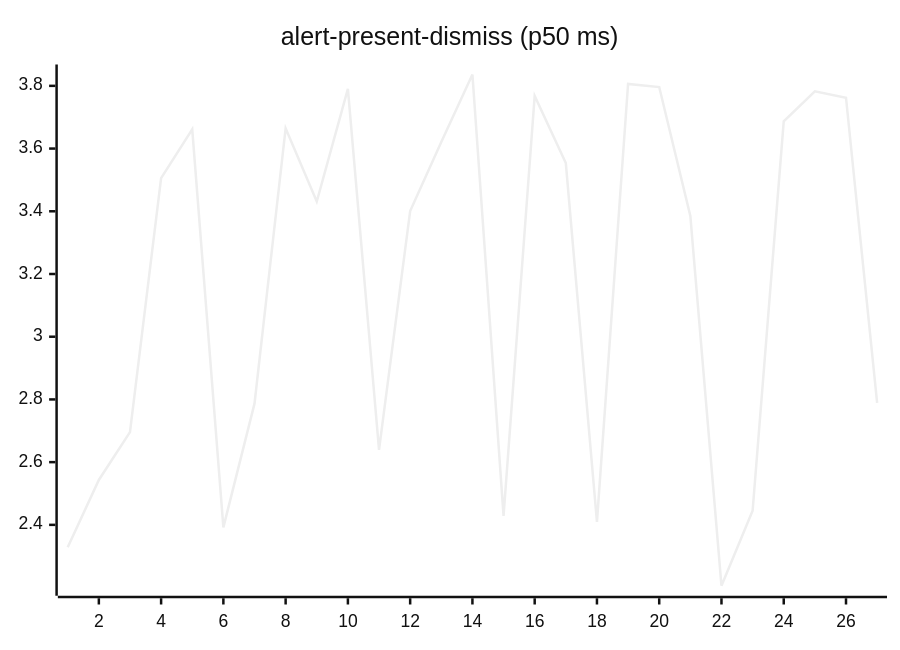
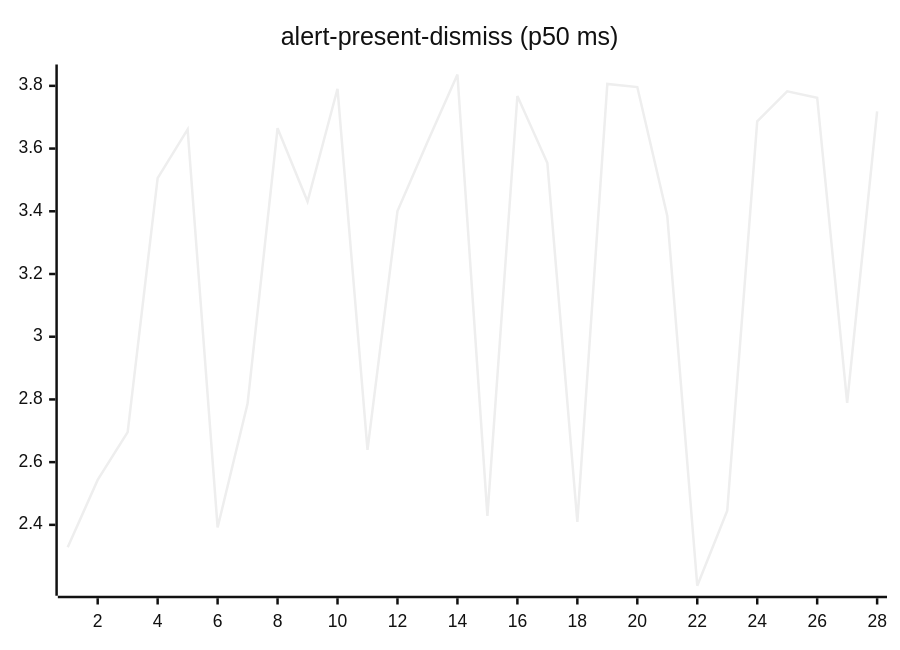
The second of 27 diagrams in README.md (josha/Facet), drawn with Mermaid (neutral theme) before and after one commit. The commit also changed other lines of this file and 2 other files, not shown here.

````diff
--- a/README.md
+++ b/README.md
@@ -70,6 +70,6 @@
 ```mermaid
 xychart-beta
     title "alert-present-dismiss (p50 ms)"
-    x-axis 1 --> 27
-    line [2.3284, 2.5432, 2.6957, 3.5058, 3.6611, 2.3918, 2.7865, 3.6648, 3.4312, 3.7906, 2.6392, 3.4008, 3.6212, 3.8362, 2.4288, 3.7676, 3.5538, 2.4095, 3.8060, 3.7961, 3.3851, 2.2058, 2.4450, 3.6869, 3.7826, 3.7621, 2.7891]
+    x-axis 1 --> 28
+    line [2.3284, 2.5432, 2.6957, 3.5058, 3.6611, 2.3918, 2.7865, 3.6648, 3.4312, 3.7906, 2.6392, 3.4008, 3.6212, 3.8362, 2.4288, 3.7676, 3.5538, 2.4095, 3.8060, 3.7961, 3.3851, 2.2058, 2.4450, 3.6869, 3.7826, 3.7621, 2.7891, 3.7187]
 ```
````
